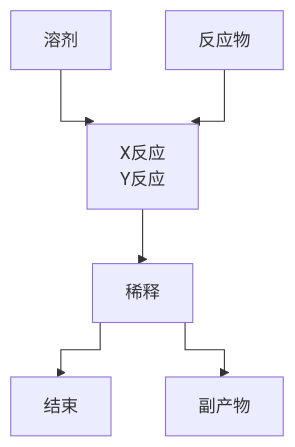
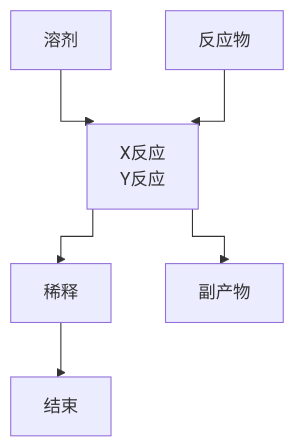
Before and after one commit to pigrass/pigrass.github.io: the third of 6 diagrams in backup/使用Excel生成Graphviz DOT代码,绘制流程图.md, drawn with Mermaid. The commit also changed other lines of this file and 4 other files, not shown here.

````diff
--- a/backup/使用Excel生成Graphviz DOT代码,绘制流程图.md
+++ b/backup/使用Excel生成Graphviz DOT代码,绘制流程图.md
@@ -160,13 +176,13 @@
 ```mermaid
 ---
 config:
   flowchart:
     curve: stepBefore
 ---
 flowchart TD
     A[溶剂] --> B[X反应\nY反应]
     B --> C[稀释]
     C --> D[结束]
     E[反应物] --> B
-    C --> F[副产物]
+    B --> F[副产物]
 ```
````
